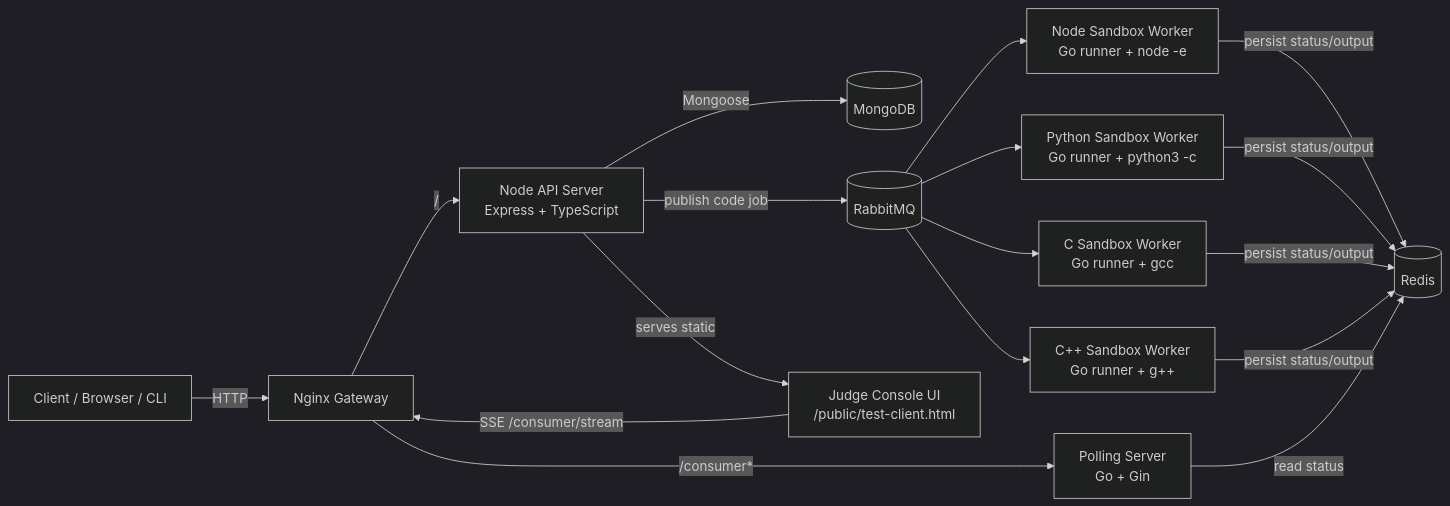
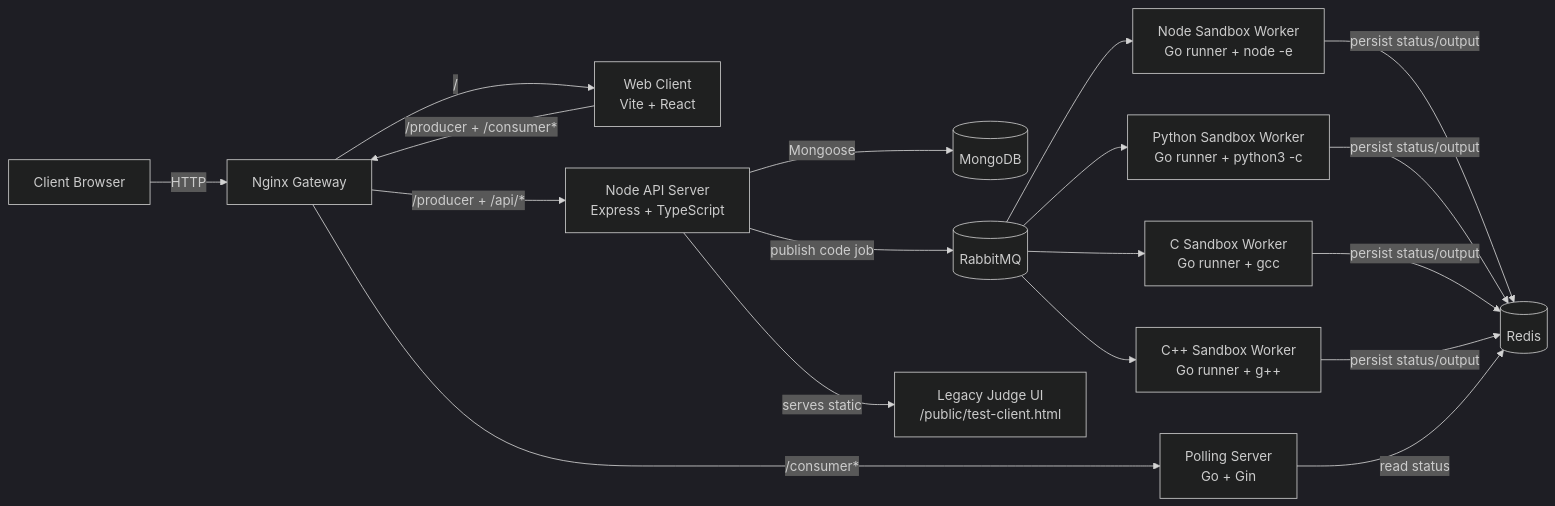
One commit to priyansh32/opencodelab changed the first of 2 diagrams in README.md. Above: the diagram before and after it, drawn with Mermaid (dark theme). The commit also changed other lines of this file and 36 other files, not shown here.

Commit message:
Add production client app and container integration

````diff
--- a/README.md
+++ b/README.md
@@ -51,32 +52,34 @@
 ```mermaid
 flowchart LR
-    Client[Client / Browser / CLI]
+    Browser[Client Browser]
     Nginx[Nginx Gateway]
+    WebApp[Web Client\nVite + React]
     API[Node API Server\nExpress + TypeScript]
     Mongo[(MongoDB)]
     MQ[(RabbitMQ)]
     NodeWorker[Node Sandbox Worker\nGo runner + node -e]
     PyWorker[Python Sandbox Worker\nGo runner + python3 -c]
     CWorker[C Sandbox Worker\nGo runner + gcc]
     CppWorker[C++ Sandbox Worker\nGo runner + g++]
     Redis[(Redis)]
     Polling[Polling Server\nGo + Gin]
-    UI[Judge Console UI\n/public/test-client.html]
+    LegacyUI[Legacy Judge UI\n/public/test-client.html]
 
-    Client -->|HTTP| Nginx
-    Nginx -->|/| API
+    Browser -->|HTTP| Nginx
+    Nginx -->|/| WebApp
+    Nginx -->|/producer + /api/*| API
     Nginx -->|/consumer*| Polling
     API -->|Mongoose| Mongo
     API -->|publish code job| MQ
     MQ --> NodeWorker
     MQ --> PyWorker
     MQ --> CWorker
     MQ --> CppWorker
     NodeWorker -->|persist status/output| Redis
     PyWorker -->|persist status/output| Redis
     CWorker -->|persist status/output| Redis
     CppWorker -->|persist status/output| Redis
     Polling -->|read status| Redis
-    API -->|serves static| UI
-    UI -->|SSE /consumer/stream| Nginx
+    API -->|serves static| LegacyUI
+    WebApp -->|/producer + /consumer*| Nginx
 ```
````
